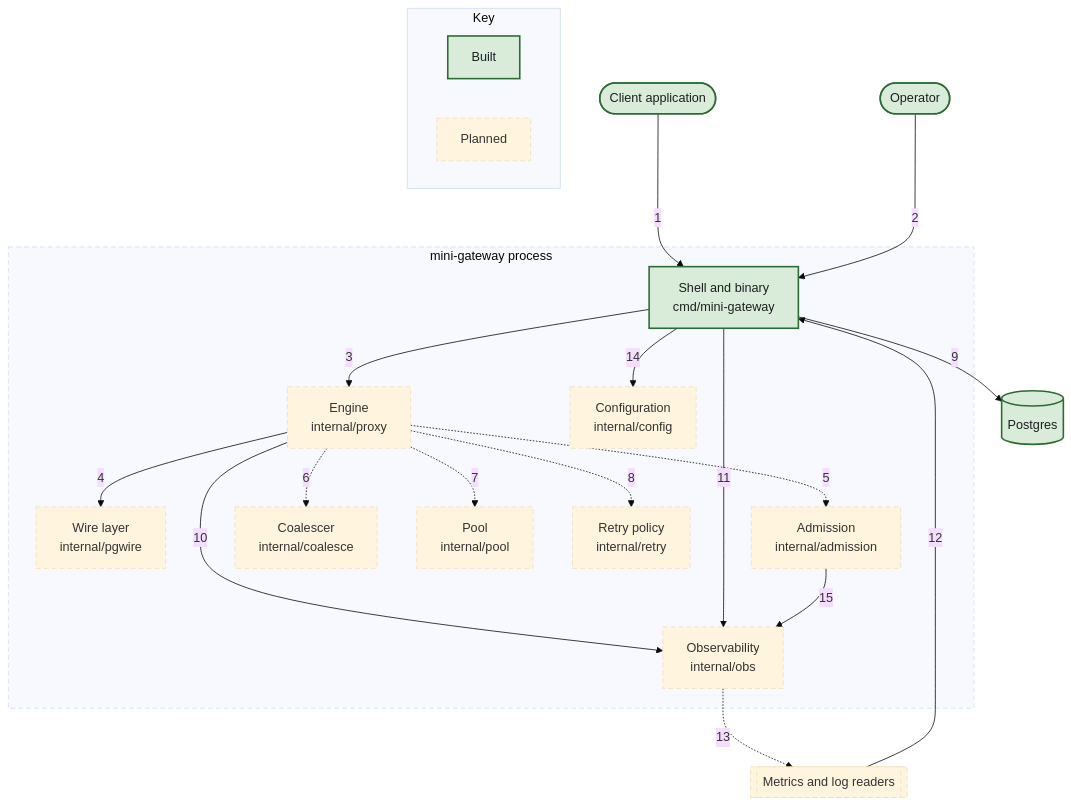
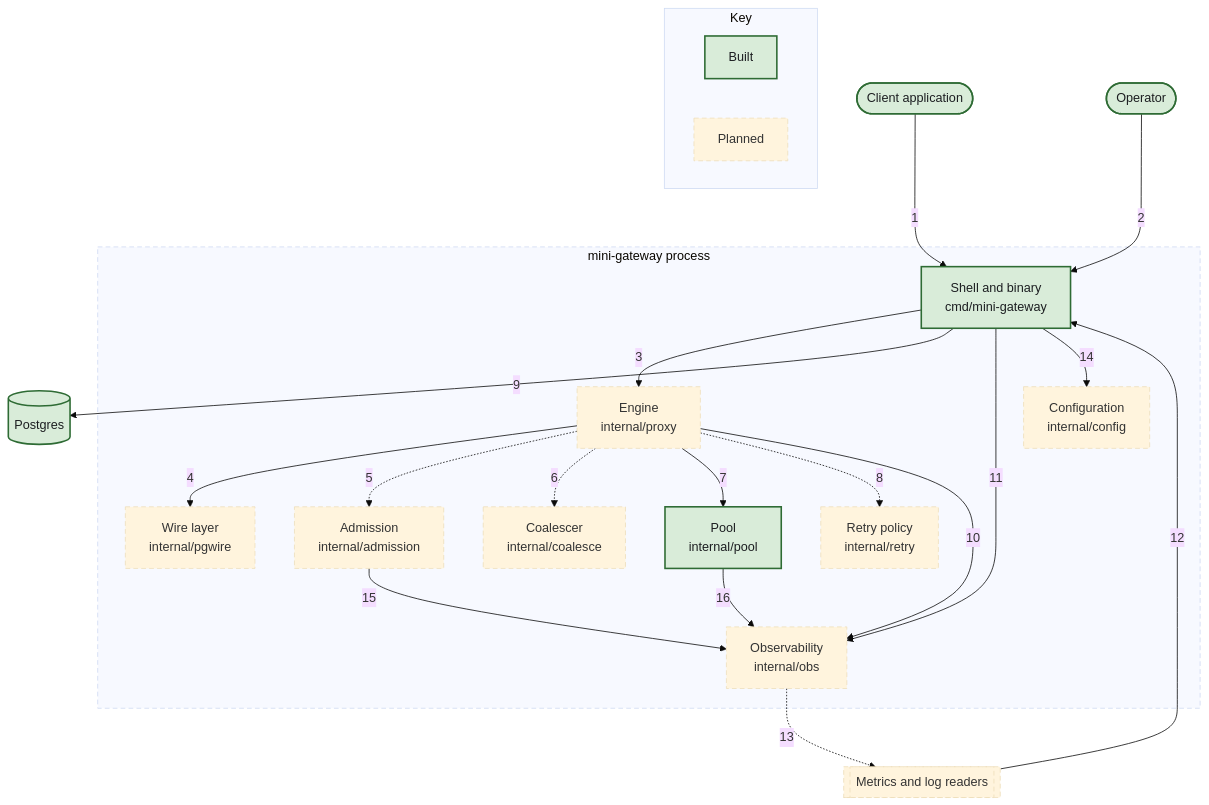
The diagram in docs/c4/diagrams/02-container-request-path.mmd (nickstrad/mini-gateway), drawn with Mermaid (base theme) before and after one commit. The commit also changed 19 other files, not shown here.

First line of the commit message:
c4: mark chunk 7's pool built, draw its wiring, and say chunks 0–8 plainly

```diff
--- a/docs/c4/diagrams/02-container-request-path.mmd
+++ b/docs/c4/diagrams/02-container-request-path.mmd
@@ -1,38 +1,39 @@
 flowchart TB
   APP(["Client application"]):::built
   OPERATOR(["Operator"]):::built
   PG[("Postgres")]:::built
   TELEMETRY[["Metrics and log readers"]]:::planned
   subgraph SCOPE["mini-gateway process"]
     C_SHELL["Shell and binary<br/>cmd/mini-gateway"]:::built
     C_ENGINE["Engine<br/>internal/proxy"]:::planned
     C_PGWIRE["Wire layer<br/>internal/pgwire"]:::planned
     C_ADM["Admission<br/>internal/admission"]:::planned
     C_COAL["Coalescer<br/>internal/coalesce"]:::planned
-    C_POOL["Pool<br/>internal/pool"]:::planned
+    C_POOL["Pool<br/>internal/pool"]:::built
     C_RETRY["Retry policy<br/>internal/retry"]:::planned
     C_OBS["Observability<br/>internal/obs"]:::planned
     C_CONFIG["Configuration<br/>internal/config"]:::planned
   end
   APP -->|1| C_SHELL
   OPERATOR -->|2| C_SHELL
   C_SHELL -->|3| C_ENGINE
   C_ENGINE -->|4| C_PGWIRE
   C_ENGINE -.->|5| C_ADM
   C_ENGINE -.->|6| C_COAL
-  C_ENGINE -.->|7| C_POOL
+  C_ENGINE -->|7| C_POOL
   C_ENGINE -.->|8| C_RETRY
   C_SHELL -->|9| PG
   C_ENGINE -->|10| C_OBS
   C_SHELL -->|11| C_OBS
   TELEMETRY -->|12| C_SHELL
   C_OBS -.->|13| TELEMETRY
   C_SHELL -->|14| C_CONFIG
   C_ADM -->|15| C_OBS
+  C_POOL -->|16| C_OBS
   subgraph KEY["Key"]
     KEY_BUILT["Built"]:::built
     KEY_PLANNED["Planned"]:::planned
   end
   classDef built fill:#d9ecd9,stroke:#2e6b34,stroke-width:2px,color:#1c1e21
   classDef planned stroke-width:1px,stroke-dasharray:6 4
   style SCOPE stroke-dasharray:6 4
```
